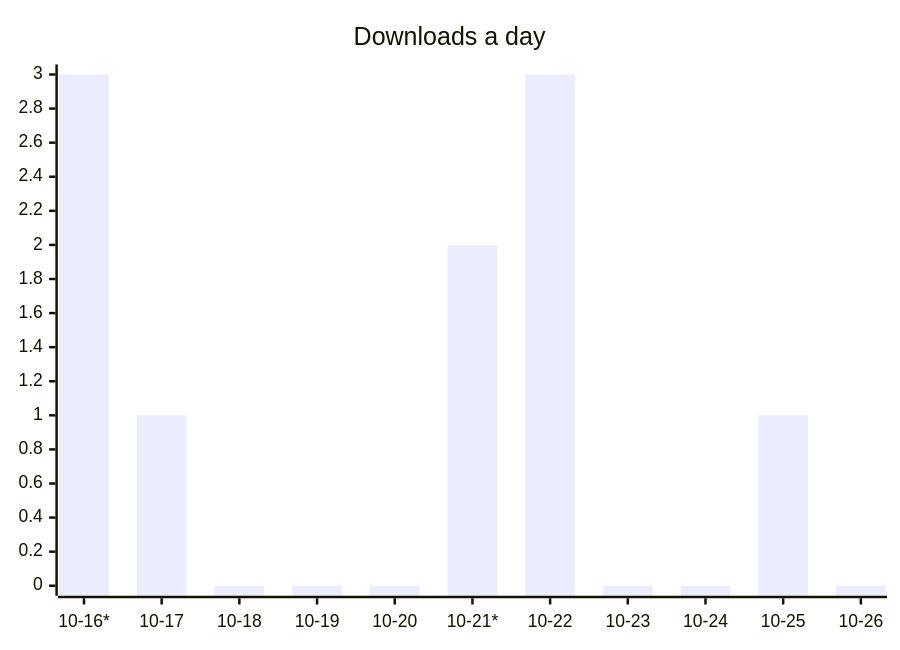
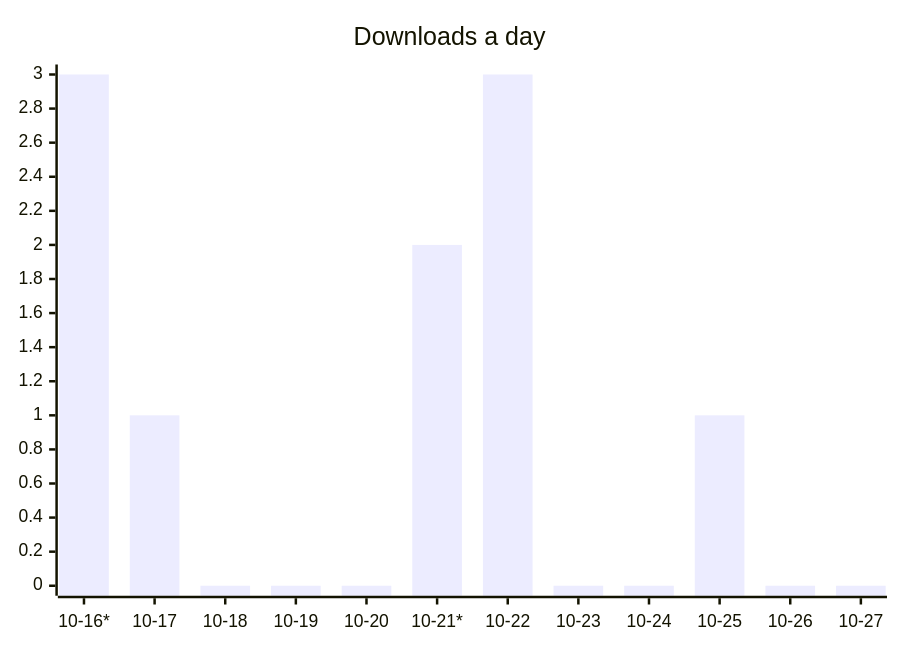
One commit to ArtemkaGoldMan/ContextSwitcher changed the first of 3 diagrams in README.md. Above: the diagram before and after it, drawn with Mermaid. The commit also changed other lines of this file and 6 other files, not shown here.

````diff
--- a/README.md
+++ b/README.md
@@ -30,6 +30,6 @@
 ```mermaid
 xychart-beta
     title "Downloads a day"
-    x-axis ["10-16*", "10-17", "10-18", "10-19", "10-20", "10-21*", "10-22", "10-23", "10-24", "10-25", "10-26"]
-    bar [3, 1, 0, 0, 0, 2, 3, 0, 0, 1, 0]
+    x-axis ["10-16*", "10-17", "10-18", "10-19", "10-20", "10-21*", "10-22", "10-23", "10-24", "10-25", "10-26", "10-27"]
+    bar [3, 1, 0, 0, 0, 2, 3, 0, 0, 1, 0, 0]
 ```
````
